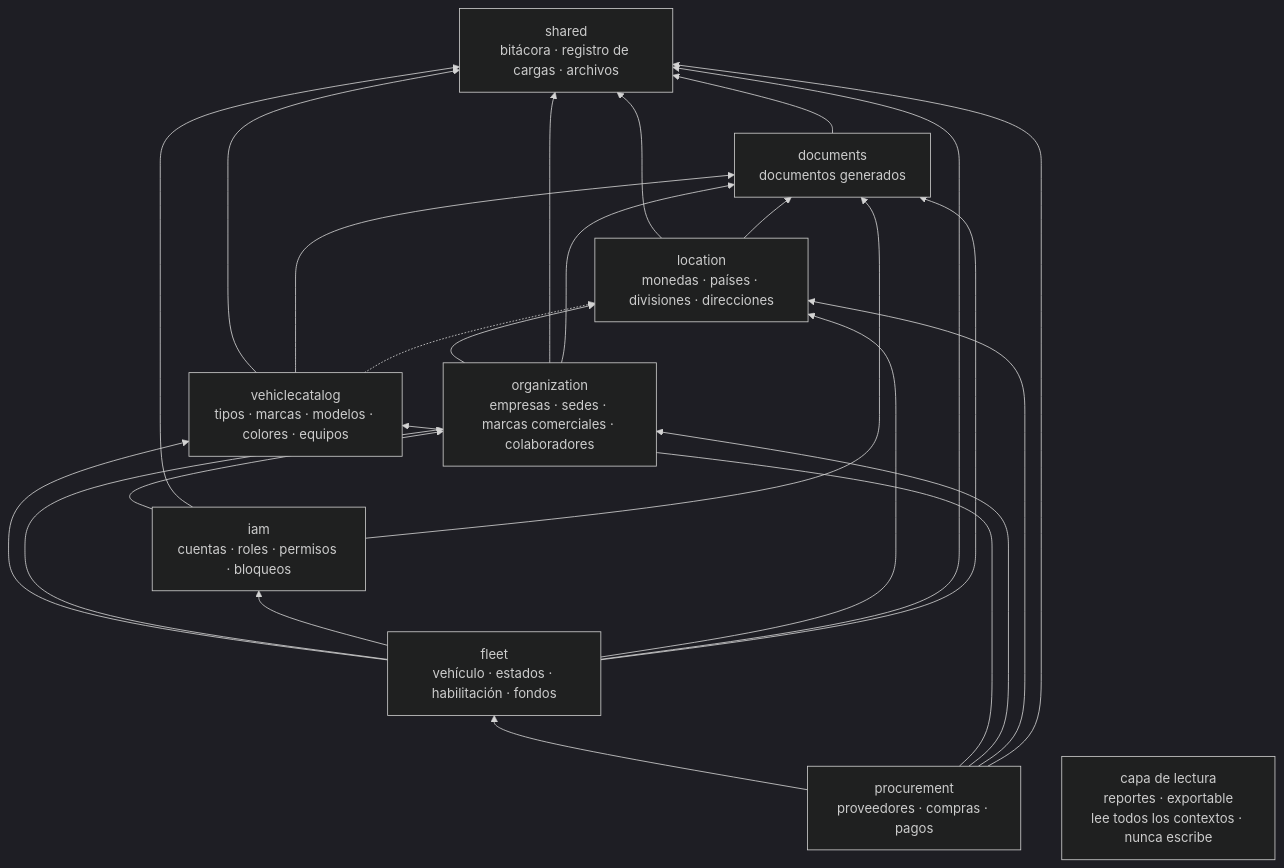
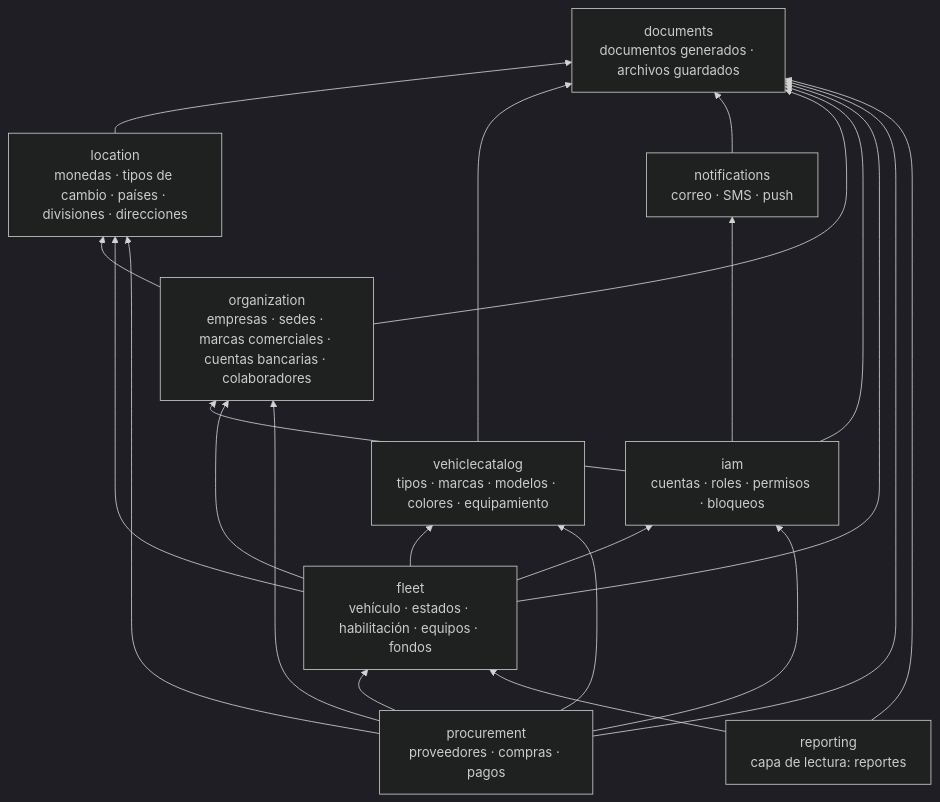
The diagram in mapa-de-contextos-millennium-mobility.md (erp-millennium-mobility-sac/erp-millennium-mobility-documentation), drawn with Mermaid (dark theme) before and after one commit. The commit also changed other lines of this file and 42 other files, not shown here.

````diff
--- a/mapa-de-contextos-millennium-mobility.md
+++ b/mapa-de-contextos-millennium-mobility.md
@@ -88,36 +94,34 @@
 ```mermaid
 flowchart BT
-  shared["shared<br/>bitácora · registro de cargas · archivos"]
-  docs["documents<br/>documentos generados"]
-  location["location<br/>monedas · países · divisiones · direcciones"]
+  docs["documents<br/>documentos generados · archivos guardados"]
+  notif["notifications<br/>correo · SMS · push"]
+  location["location<br/>monedas · tipos de cambio · países · divisiones · direcciones"]
+  catalog["vehiclecatalog<br/>tipos · marcas · modelos · colores · equipamiento"]
+  org["organization<br/>empresas · sedes · marcas comerciales · cuentas bancarias · colaboradores"]
   iam["iam<br/>cuentas · roles · permisos · bloqueos"]
-  catalog["vehiclecatalog<br/>tipos · marcas · modelos · colores · equipos"]
-  org["organization<br/>empresas · sedes · marcas comerciales · colaboradores"]
-  fleet["fleet<br/>vehículo · estados · habilitación · fondos"]
+  fleet["fleet<br/>vehículo · estados · habilitación · equipos · fondos"]
   proc["procurement<br/>proveedores · compras · pagos"]
-  reports["capa de lectura<br/>reportes · exportable<br/>lee todos los contextos · nunca escribe"]
+  reporting["reporting<br/>capa de lectura: reportes"]
 
-  docs --> shared
-  location --> shared
   location --> docs
-  catalog --> shared
   catalog --> docs
-  catalog -.-> location
+  notif --> docs
   org --> location
-  org --> shared
   org --> docs
   iam --> org
-  iam --> shared
   iam --> docs
+  iam --> notif
+  fleet --> location
   fleet --> catalog
   fleet --> org
   fleet --> iam
-  fleet --> location
-  fleet --> shared
   fleet --> docs
   proc --> fleet
   proc --> catalog
   proc --> org
   proc --> location
-  proc --> shared
+  proc --> iam
+  proc --> docs
+  reporting --> fleet
+  reporting --> docs
 ```
````
